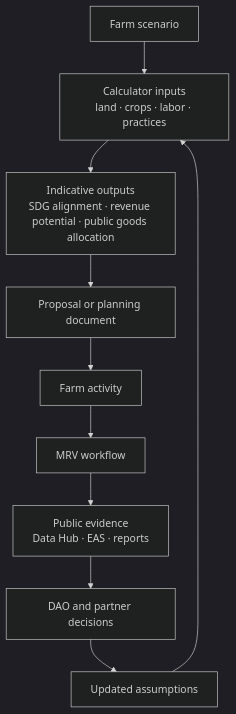
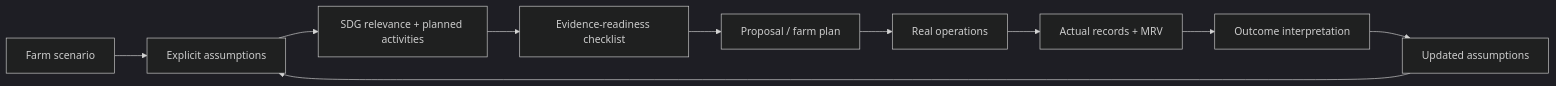
Before and after one commit to wasalo/Kokonut-Public-Site: the diagram in kokonut-framework/impact-calculator.mdx, drawn with Mermaid (dark theme). The commit also changed other lines of this file and 1 other file, not shown here.

Commit message:
docs(kokonut-framework): improve impact calculator

````diff
--- a/kokonut-framework/impact-calculator.mdx
+++ b/kokonut-framework/impact-calculator.mdx
@@ -51,12 +71,12 @@
 ```mermaid
-flowchart TD
-    A["Farm scenario"] --> B["Calculator inputs\nland · crops · labor · practices"]
-    B --> C["Indicative outputs\nSDG alignment · revenue potential · public goods allocation"]
-    C --> D["Proposal or planning document"]
-    D --> E["Farm activity"]
-    E --> F["MRV workflow"]
-    F --> G["Public evidence\nData Hub · EAS · reports"]
-    G --> H["DAO and partner decisions"]
+flowchart LR
+    A["Farm scenario"] --> B["Explicit assumptions"]
+    B --> C["SDG relevance + planned activities"]
+    C --> D["Evidence-readiness checklist"]
+    D --> E["Proposal / farm plan"]
+    E --> F["Real operations"]
+    F --> G["Actual records + MRV"]
+    G --> H["Outcome interpretation"]
     H --> I["Updated assumptions"]
     I --> B
 ```
````
